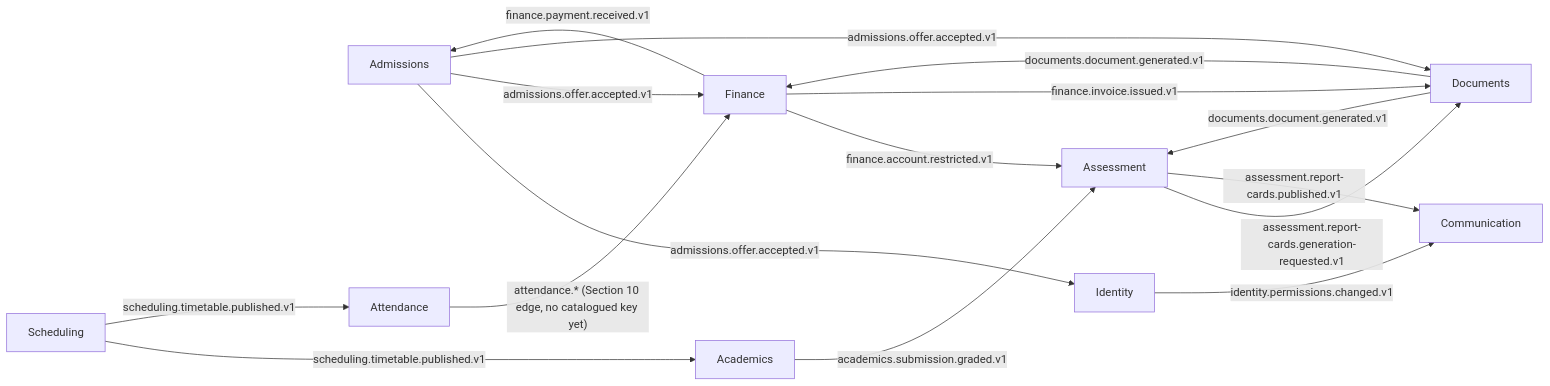
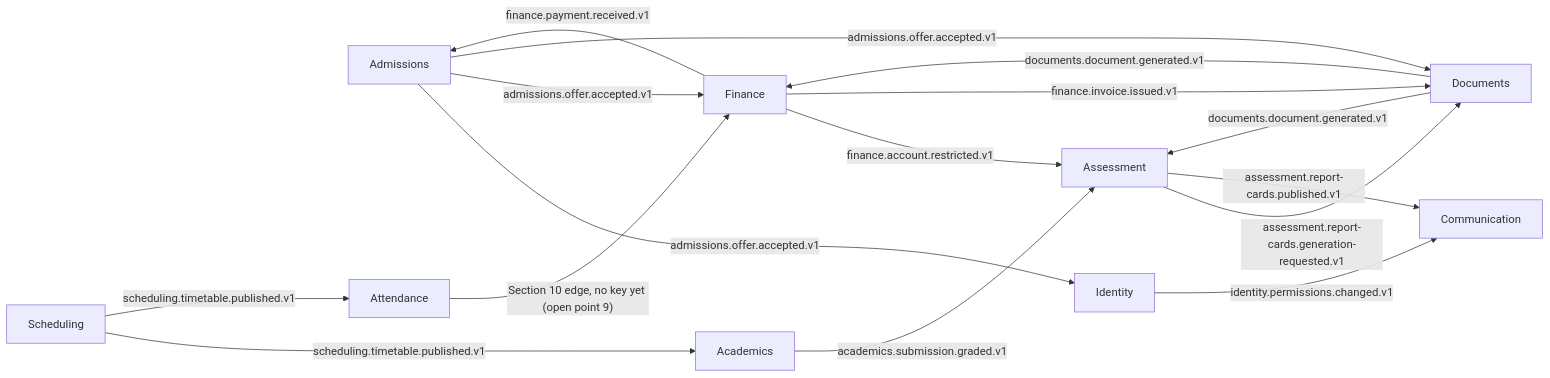
Before and after one commit to mahmodnasser/nibras: the second of 3 diagrams in docs/plan/05-service-catalog.md, drawn with Mermaid. The commit also changed other lines of this file and 98 other files, not shown here.

````diff
--- a/docs/plan/05-service-catalog.md
+++ b/docs/plan/05-service-catalog.md
@@ -135,23 +135,23 @@
 ```mermaid
 flowchart LR
     IDN["Identity"]
     ADM["Admissions"]
     ACA["Academics"]
     ASM["Assessment"]
     SCD["Scheduling"]
     ATT["Attendance"]
     FIN["Finance"]
     COM["Communication"]
     DOC["Documents"]
     IDN -->|"identity.permissions.changed.v1"| COM
     ADM -->|"admissions.offer.accepted.v1"| IDN & FIN & DOC
     ACA -->|"academics.submission.graded.v1"| ASM
     ASM -->|"assessment.report-cards.generation-requested.v1"| DOC
     ASM -->|"assessment.report-cards.published.v1"| COM
     SCD -->|"scheduling.timetable.published.v1"| ACA & ATT
-    ATT -->|"attendance.* (Section 10 edge, no catalogued key yet)"| FIN
+    ATT -->|"Section 10 edge, no key yet (open point 9)"| FIN
     FIN -->|"finance.payment.received.v1"| ADM
     FIN -->|"finance.account.restricted.v1"| ASM
     FIN -->|"finance.invoice.issued.v1"| DOC
     DOC -->|"documents.document.generated.v1"| ASM & FIN
 ```
````
